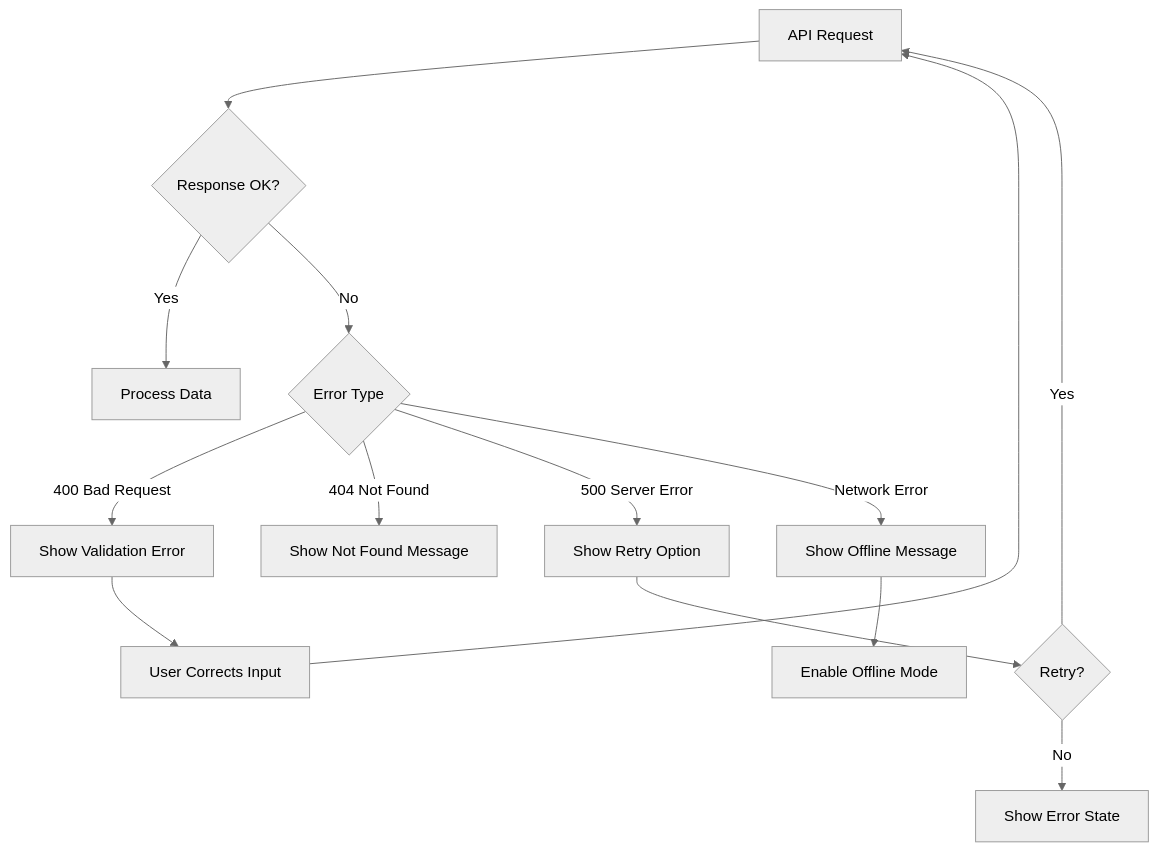
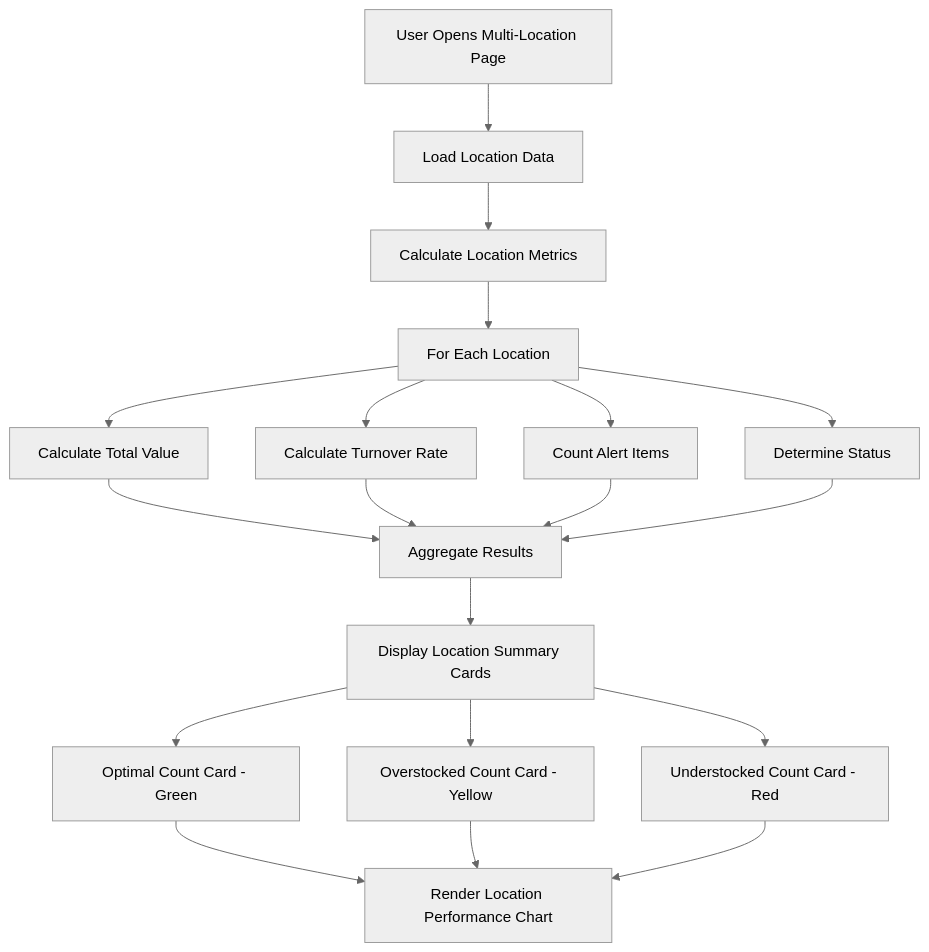
Diagram 18 of 32 in docs/app/operational-planning/inventory-planning/FD-inventory-planning.md (PeakMNA/carmen), drawn with Mermaid (neutral theme) before and after one commit. The commit also changed other lines of this file and 473 other files, not shown here.

````diff
--- a/docs/app/operational-planning/inventory-planning/FD-inventory-planning.md
+++ b/docs/app/operational-planning/inventory-planning/FD-inventory-planning.md
@@ -408,21 +441,25 @@
 ```mermaid
 graph TB
-    A[API Request] --> B{Response OK?}
+    A[User Opens Multi-Location Page] --> B[Load Location Data]
+    B --> C[Calculate Location Metrics]
 
-    B -->|Yes| C[Process Data]
-    B -->|No| D{Error Type}
+    C --> D[For Each Location]
+    D --> E[Calculate Total Value]
+    D --> F[Calculate Turnover Rate]
+    D --> G[Count Alert Items]
+    D --> H[Determine Status]
 
-    D -->|400 Bad Request| E[Show Validation Error]
-    D -->|404 Not Found| F[Show Not Found Message]
-    D -->|500 Server Error| G[Show Retry Option]
-    D -->|Network Error| H[Show Offline Message]
+    E --> I[Aggregate Results]
+    F --> I
+    G --> I
+    H --> I
 
-    E --> I[User Corrects Input]
-    I --> A
+    I --> J[Display Location Summary Cards]
+    J --> K[Optimal Count Card - Green]
+    J --> L[Overstocked Count Card - Yellow]
+    J --> M[Understocked Count Card - Red]
 
-    G --> J{Retry?}
-    J -->|Yes| A
-    J -->|No| K[Show Error State]
-
-    H --> L[Enable Offline Mode]
+    K --> N[Render Location Performance Chart]
+    L --> N
+    M --> N
 ```
````
